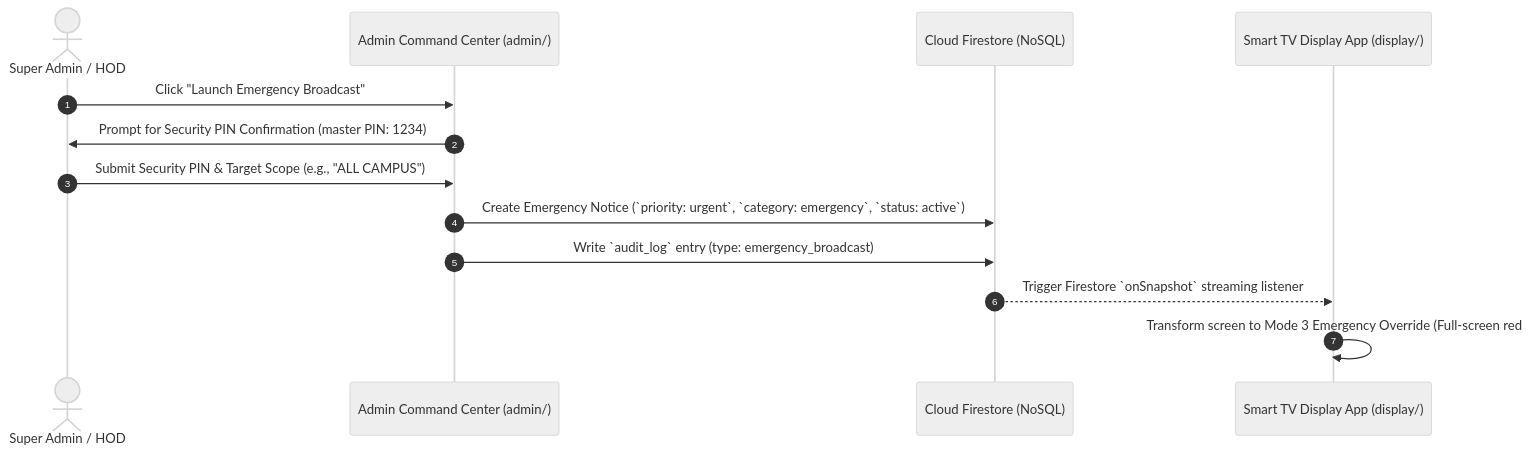
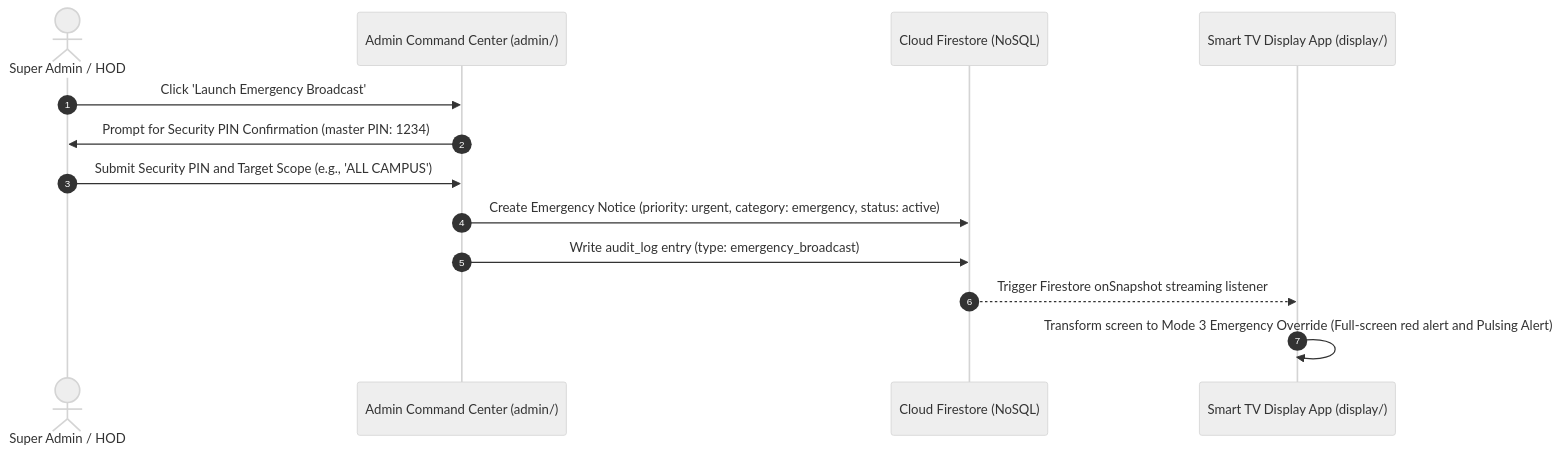
One commit to yash-ghodele/CampusCast changed the second of 4 diagrams in Docs/SYSTEM_ARCHITECTURE_GUIDE.md. Above: the diagram before and after it, drawn with Mermaid (neutral theme). The commit also changed other lines of this file and 9 other files, not shown here.

Commit message:
docs: document zero-cost serverless ingestion, twilio sandbox setup, and mermaid diagrams

````diff
--- a/Docs/SYSTEM_ARCHITECTURE_GUIDE.md
+++ b/Docs/SYSTEM_ARCHITECTURE_GUIDE.md
@@ -64,16 +64,16 @@
 ```mermaid
 sequenceDiagram
     autonumber
     actor AdminUser as Super Admin / HOD
     participant CommandApp as Admin Command Center (admin/)
     participant DB as Cloud Firestore (NoSQL)
     participant Display as Smart TV Display App (display/)
 
-    AdminUser->>CommandApp: Click "Launch Emergency Broadcast"
+    AdminUser->>CommandApp: Click 'Launch Emergency Broadcast'
     CommandApp->>AdminUser: Prompt for Security PIN Confirmation (master PIN: 1234)
-    AdminUser->>CommandApp: Submit Security PIN & Target Scope (e.g., "ALL CAMPUS")
-    CommandApp->>DB: Create Emergency Notice (`priority: urgent`, `category: emergency`, `status: active`)
-    CommandApp->>DB: Write `audit_log` entry (type: emergency_broadcast)
-    DB-->>Display: Trigger Firestore `onSnapshot` streaming listener
-    Display->>Display: Transform screen to Mode 3 Emergency Override (Full-screen red #DC2626 + Pulsing Alert)
+    AdminUser->>CommandApp: Submit Security PIN and Target Scope (e.g., 'ALL CAMPUS')
+    CommandApp->>DB: Create Emergency Notice (priority: urgent, category: emergency, status: active)
+    CommandApp->>DB: Write audit_log entry (type: emergency_broadcast)
+    DB-->>Display: Trigger Firestore onSnapshot streaming listener
+    Display->>Display: Transform screen to Mode 3 Emergency Override (Full-screen red alert and Pulsing Alert)
 ```
````
